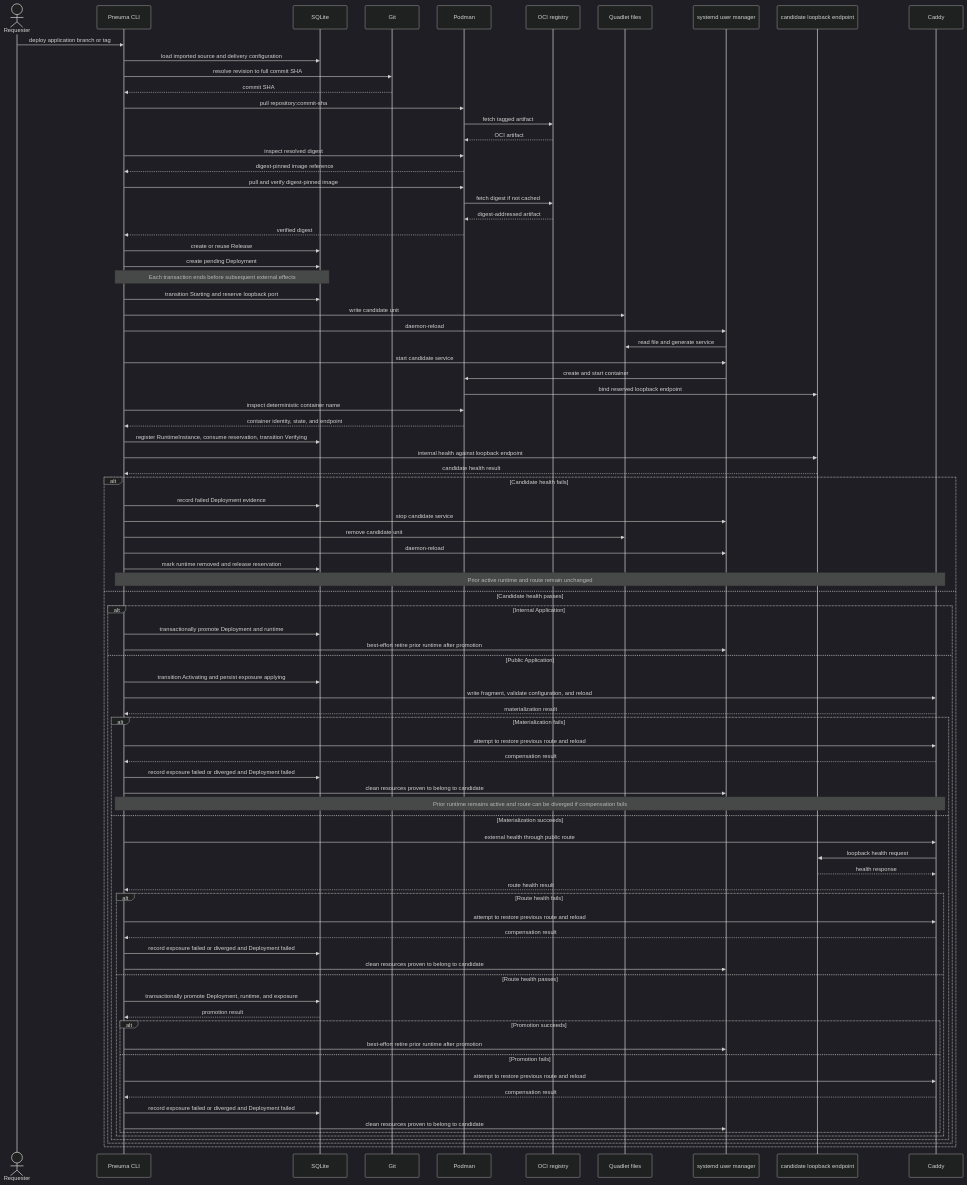
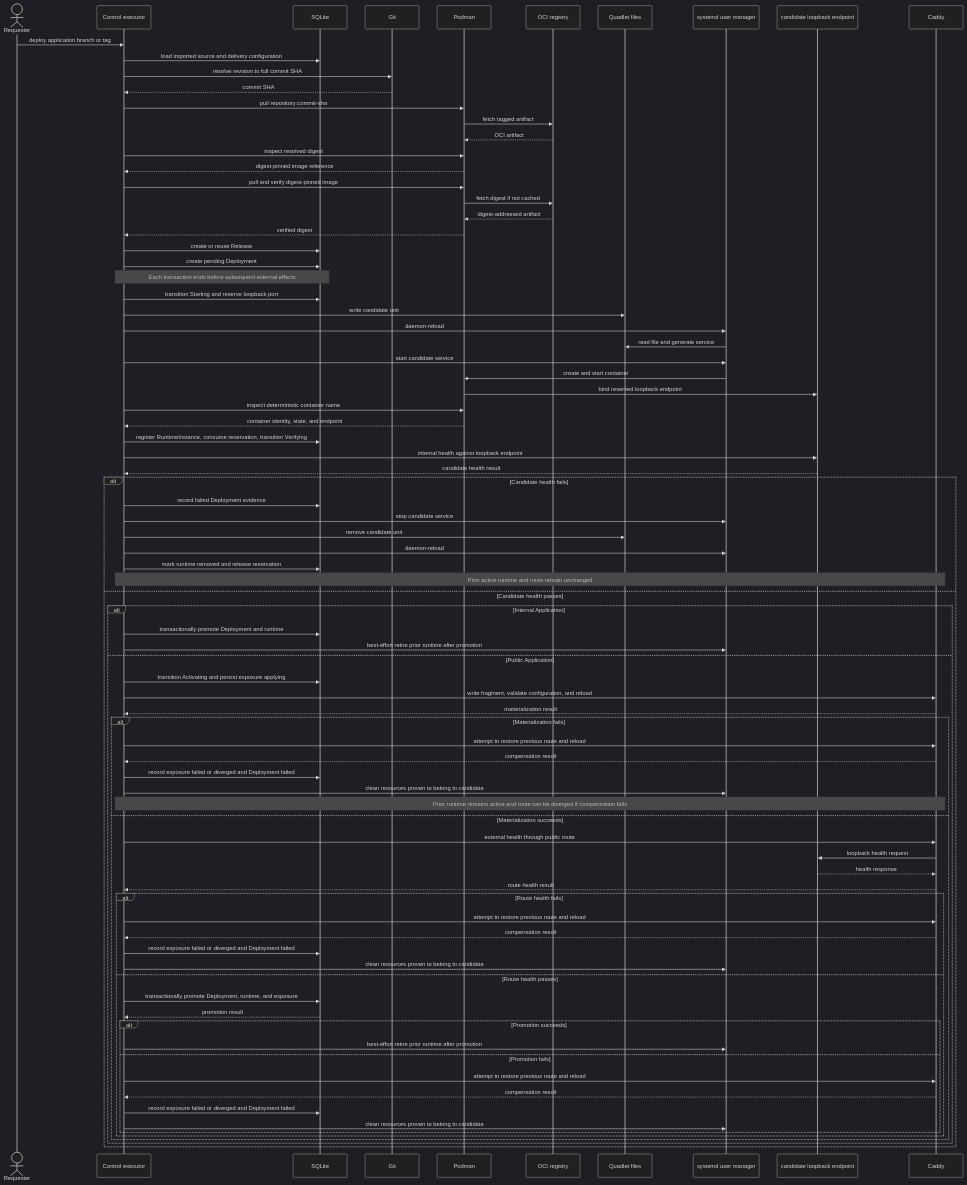
The third of 4 diagrams in docs/architecture/architecture.md (vitoraalmeida/pneuma), drawn with Mermaid (dark theme) before and after one commit. The commit also changed other lines of this file and 6 other files, not shown here.

````diff
--- a/docs/architecture/architecture.md
+++ b/docs/architecture/architecture.md
@@ -433,7 +442,7 @@
 ```mermaid
 sequenceDiagram
     actor Requester
-    participant CLI as Pneuma CLI
+    participant Control as Control executor
     participant DB as SQLite
     participant Git
     participant Podman
@@ -443,75 +452,75 @@
     participant Candidate as candidate loopback endpoint
     participant Caddy
 
-    Requester->>CLI: deploy application branch or tag
-    CLI->>DB: load imported source and delivery configuration
-    CLI->>Git: resolve revision to full commit SHA
-    Git-->>CLI: commit SHA
-    CLI->>Podman: pull repository:commit-sha
+    Requester->>Control: deploy application branch or tag
+    Control->>DB: load imported source and delivery configuration
+    Control->>Git: resolve revision to full commit SHA
+    Git-->>Control: commit SHA
+    Control->>Podman: pull repository:commit-sha
     Podman->>Registry: fetch tagged artifact
     Registry-->>Podman: OCI artifact
-    CLI->>Podman: inspect resolved digest
-    Podman-->>CLI: digest-pinned image reference
-    CLI->>Podman: pull and verify digest-pinned image
+    Control->>Podman: inspect resolved digest
+    Podman-->>Control: digest-pinned image reference
+    Control->>Podman: pull and verify digest-pinned image
     Podman->>Registry: fetch digest if not cached
     Registry-->>Podman: digest-addressed artifact
-    Podman-->>CLI: verified digest
-    CLI->>DB: create or reuse Release
-    CLI->>DB: create pending Deployment
-    Note over CLI,DB: Each transaction ends before subsequent external effects
-    CLI->>DB: transition Starting and reserve loopback port
-    CLI->>Quadlet: write candidate unit
-    CLI->>Systemd: daemon-reload
+    Podman-->>Control: verified digest
+    Control->>DB: create or reuse Release
+    Control->>DB: create pending Deployment
+    Note over Control,DB: Each transaction ends before subsequent external effects
+    Control->>DB: transition Starting and reserve loopback port
+    Control->>Quadlet: write candidate unit
+    Control->>Systemd: daemon-reload
     Systemd->>Quadlet: read file and generate service
-    CLI->>Systemd: start candidate service
+    Control->>Systemd: start candidate service
     Systemd->>Podman: create and start container
     Podman->>Candidate: bind reserved loopback endpoint
-    CLI->>Podman: inspect deterministic container name
-    Podman-->>CLI: container identity, state, and endpoint
-    CLI->>DB: register RuntimeInstance, consume reservation, transition Verifying
-    CLI->>Candidate: internal health against loopback endpoint
-    Candidate-->>CLI: candidate health result
+    Control->>Podman: inspect deterministic container name
+    Podman-->>Control: container identity, state, and endpoint
+    Control->>DB: register RuntimeInstance, consume reservation, transition Verifying
+    Control->>Candidate: internal health against loopback endpoint
+    Candidate-->>Control: candidate health result
     alt Candidate health fails
-        CLI->>DB: record failed Deployment evidence
-        CLI->>Systemd: stop candidate service
-        CLI->>Quadlet: remove candidate unit
-        CLI->>Systemd: daemon-reload
-        CLI->>DB: mark runtime removed and release reservation
-        Note over CLI,Caddy: Prior active runtime and route remain unchanged
+        Control->>DB: record failed Deployment evidence
+        Control->>Systemd: stop candidate service
+        Control->>Quadlet: remove candidate unit
+        Control->>Systemd: daemon-reload
+        Control->>DB: mark runtime removed and release reservation
+        Note over Control,Caddy: Prior active runtime and route remain unchanged
     else Candidate health passes
         alt Internal Application
-            CLI->>DB: transactionally promote Deployment and runtime
-            CLI->>Systemd: best-effort retire prior runtime after promotion
+            Control->>DB: transactionally promote Deployment and runtime
+            Control->>Systemd: best-effort retire prior runtime after promotion
         else Public Application
-            CLI->>DB: transition Activating and persist exposure applying
-            CLI->>Caddy: write fragment, validate configuration, and reload
-            Caddy-->>CLI: materialization result
+            Control->>DB: transition Activating and persist exposure applying
+            Control->>Caddy: write fragment, validate configuration, and reload
+            Caddy-->>Control: materialization result
             alt Materialization fails
-                CLI->>Caddy: attempt to restore previous route and reload
-                Caddy-->>CLI: compensation result
-                CLI->>DB: record exposure failed or diverged and Deployment failed
-                CLI->>Systemd: clean resources proven to belong to candidate
-                Note over CLI,Caddy: Prior runtime remains active and route can be diverged if compensation fails
+                Control->>Caddy: attempt to restore previous route and reload
+                Caddy-->>Control: compensation result
+                Control->>DB: record exposure failed or diverged and Deployment failed
+                Control->>Systemd: clean resources proven to belong to candidate
+                Note over Control,Caddy: Prior runtime remains active and route can be diverged if compensation fails
             else Materialization succeeds
-                CLI->>Caddy: external health through public route
+                Control->>Caddy: external health through public route
                 Caddy->>Candidate: loopback health request
                 Candidate-->>Caddy: health response
-                Caddy-->>CLI: route health result
+                Caddy-->>Control: route health result
                 alt Route health fails
-                    CLI->>Caddy: attempt to restore previous route and reload
-                    Caddy-->>CLI: compensation result
-                    CLI->>DB: record exposure failed or diverged and Deployment failed
-                    CLI->>Systemd: clean resources proven to belong to candidate
+                    Control->>Caddy: attempt to restore previous route and reload
+                    Caddy-->>Control: compensation result
+                    Control->>DB: record exposure failed or diverged and Deployment failed
+                    Control->>Systemd: clean resources proven to belong to candidate
                 else Route health passes
-                    CLI->>DB: transactionally promote Deployment, runtime, and exposure
-                    DB-->>CLI: promotion result
+                    Control->>DB: transactionally promote Deployment, runtime, and exposure
+                    DB-->>Control: promotion result
                     alt Promotion succeeds
-                        CLI->>Systemd: best-effort retire prior runtime after promotion
+                        Control->>Systemd: best-effort retire prior runtime after promotion
                     else Promotion fails
-                        CLI->>Caddy: attempt to restore previous route and reload
-                        Caddy-->>CLI: compensation result
-                        CLI->>DB: record exposure failed or diverged and Deployment failed
-                        CLI->>Systemd: clean resources proven to belong to candidate
+                        Control->>Caddy: attempt to restore previous route and reload
+                        Caddy-->>Control: compensation result
+                        Control->>DB: record exposure failed or diverged and Deployment failed
+                        Control->>Systemd: clean resources proven to belong to candidate
                     end
                 end
             end
````
